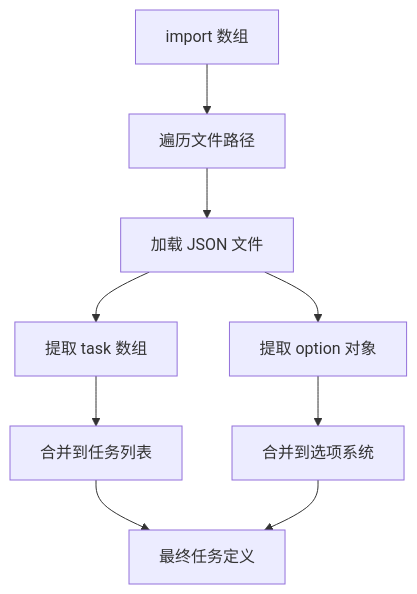
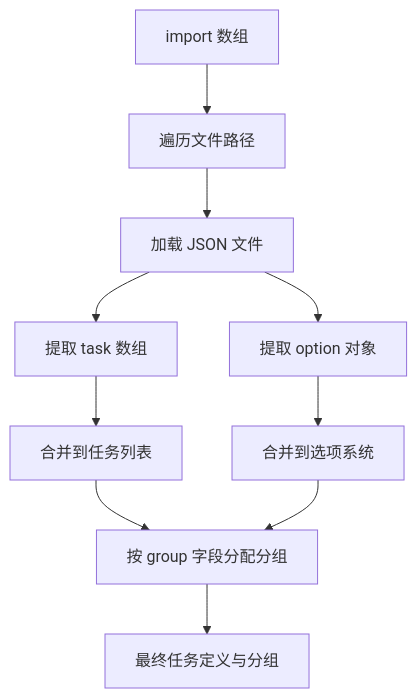
One commit to kqcoxn/MaaDuDuL changed the sixth of 8 diagrams in .qoder/repowiki/zh/content/系统架构与设计/配置体系与资源管理/界面接口配置/界面接口配置.md. Above: the diagram before and after it, drawn with Mermaid. The commit also changed other lines of this file and 12 other files, not shown here.

````diff
--- a/.qoder/repowiki/zh/content/系统架构与设计/配置体系与资源管理/界面接口配置/界面接口配置.md
+++ b/.qoder/repowiki/zh/content/系统架构与设计/配置体系与资源管理/界面接口配置/界面接口配置.md
@@ -344,11 +414,12 @@
 ```mermaid
 flowchart TD
 A["import 数组"] --> B["遍历文件路径"]
 B --> C["加载 JSON 文件"]
 C --> D["提取 task 数组"]
 C --> E["提取 option 对象"]
 D --> F["合并到任务列表"]
 E --> G["合并到选项系统"]
-F --> H["最终任务定义"]
+F --> H["按 group 字段分配分组"]
 G --> H
+H --> I["最终任务定义与分组"]
 ```
````
